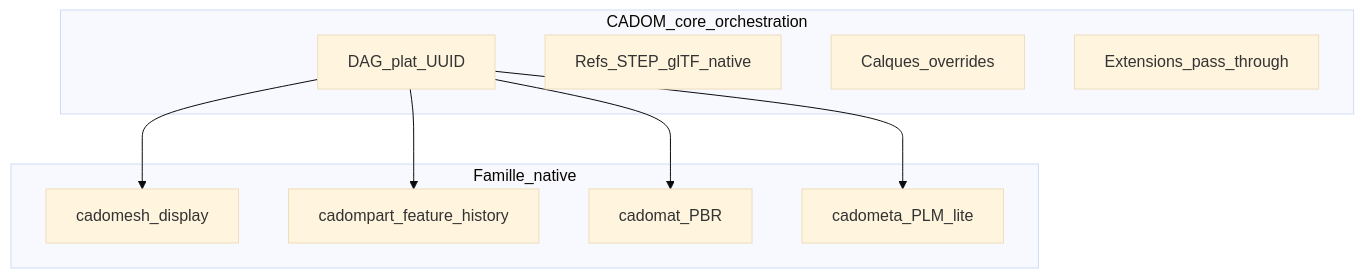
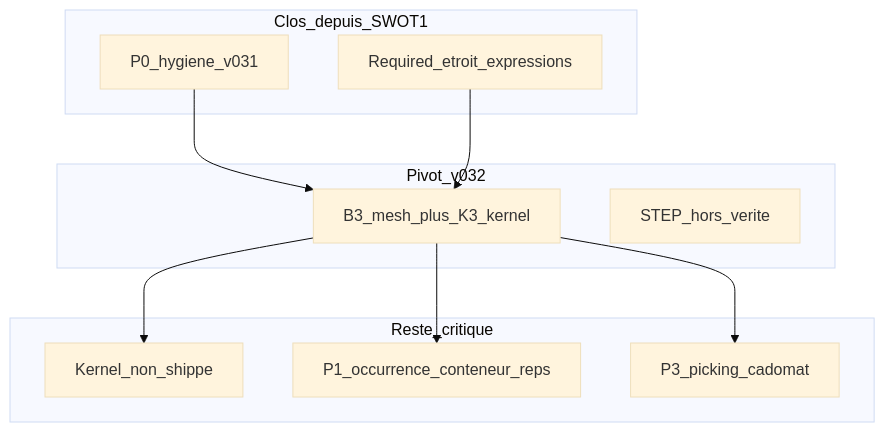
One commit to naanouff/OpenCAD changed the first of 2 diagrams in documentation/cadom-spec-swot.md. Above: the diagram before and after it, drawn with Mermaid (base theme). The commit also changed other lines of this file and 5 other files, not shown here.

First line of the commit message:
docs: renew CADOM SWOT after doctrine B3+K3 (#53)

````diff
--- a/documentation/cadom-spec-swot.md
+++ b/documentation/cadom-spec-swot.md
@@ -38,19 +30,21 @@
 ```mermaid
 flowchart TB
-  subgraph core [CADOM_core_orchestration]
-    Graph[DAG_plat_UUID]
-    Assets[Refs_STEP_glTF_native]
-    Overrides[Calques_overrides]
-    Ext[Extensions_pass_through]
+  subgraph closed [Clos_depuis_SWOT1]
+    P0hygiene[P0_hygiene_v031]
+    P2narrow[Required_etroit_expressions]
   end
-  subgraph native [Famille_native]
-    Mesh[cadomesh_display]
-    Part[cadompart_feature_history]
-    Mat[cadomat_PBR]
-    Meta[cadometa_PLM_lite]
+  subgraph pivot [Pivot_v032]
+    Doctrine[B3_mesh_plus_K3_kernel]
+    NoStep[STEP_hors_verite]
   end
-  Graph --> Mesh
-  Graph --> Part
-  Graph --> Mat
-  Graph --> Meta
+  subgraph open [Reste_critique]
+    Kernel[Kernel_non_shippe]
+    P1asm[P1_occurrence_conteneur_reps]
+    P3viz[P3_picking_cadomat]
+  end
+  P0hygiene --> Doctrine
+  P2narrow --> Doctrine
+  Doctrine --> Kernel
+  Doctrine --> P1asm
+  Doctrine --> P3viz
 ```
````
